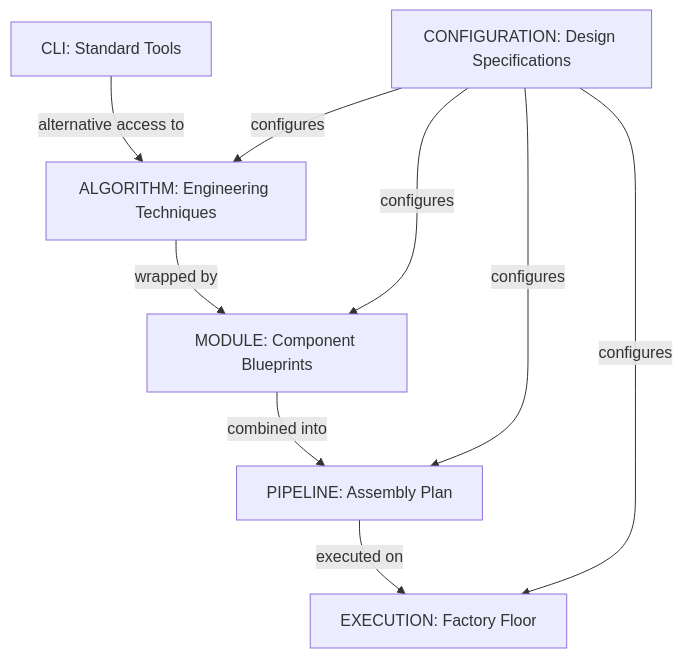
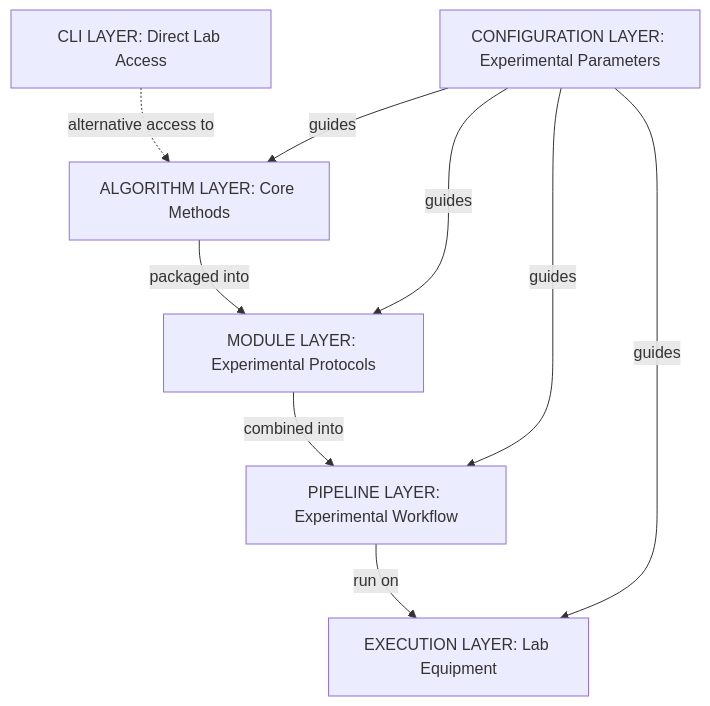
The diagram in docs/architecture/07_architecture_for_biologists.md (broadinstitute/starrynight), drawn with Mermaid before and after one commit. The commit also changed other lines of this file, not shown here.

````diff
--- a/docs/architecture/07_architecture_for_biologists.md
+++ b/docs/architecture/07_architecture_for_biologists.md
@@ -183,11 +183,11 @@
 ```mermaid
 flowchart TD
-    A[ALGORITHM: Engineering Techniques] -->|wrapped by| C[MODULE: Component Blueprints]
-    B[CLI: Standard Tools] -->|alternative access to| A
-    C -->|combined into| D[PIPELINE: Assembly Plan]
-    D -->|executed on| E[EXECUTION: Factory Floor]
-    F[CONFIGURATION: Design Specifications] -->|configures| A
-    F -->|configures| C
-    F -->|configures| D
-    F -->|configures| E
+    A[ALGORITHM LAYER: Core Methods] -->|packaged into| B[MODULE LAYER: Experimental Protocols]
+    B -->|combined into| C[PIPELINE LAYER: Experimental Workflow]
+    C -->|run on| D[EXECUTION LAYER: Lab Equipment]
+    E[CONFIGURATION LAYER: Experimental Parameters] -->|guides| A
+    E -->|guides| B
+    E -->|guides| C
+    E -->|guides| D
+    F[CLI LAYER: Direct Lab Access] -.->|alternative access to| A
 ```
````
